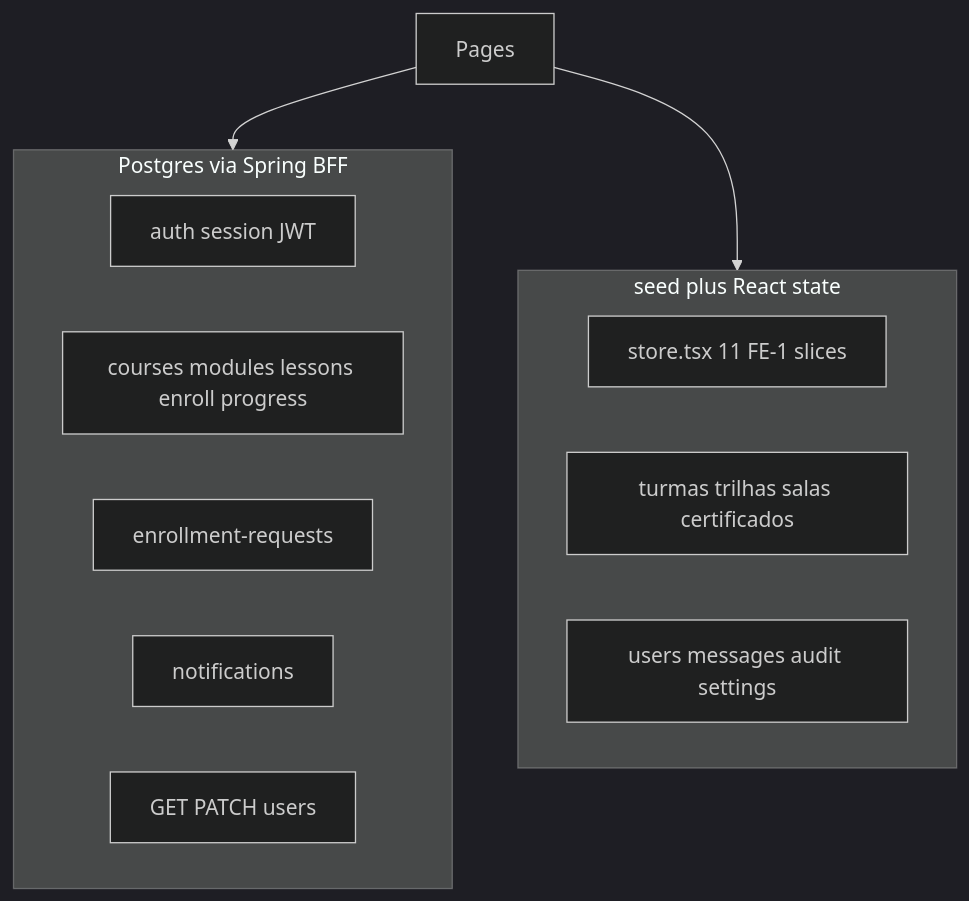
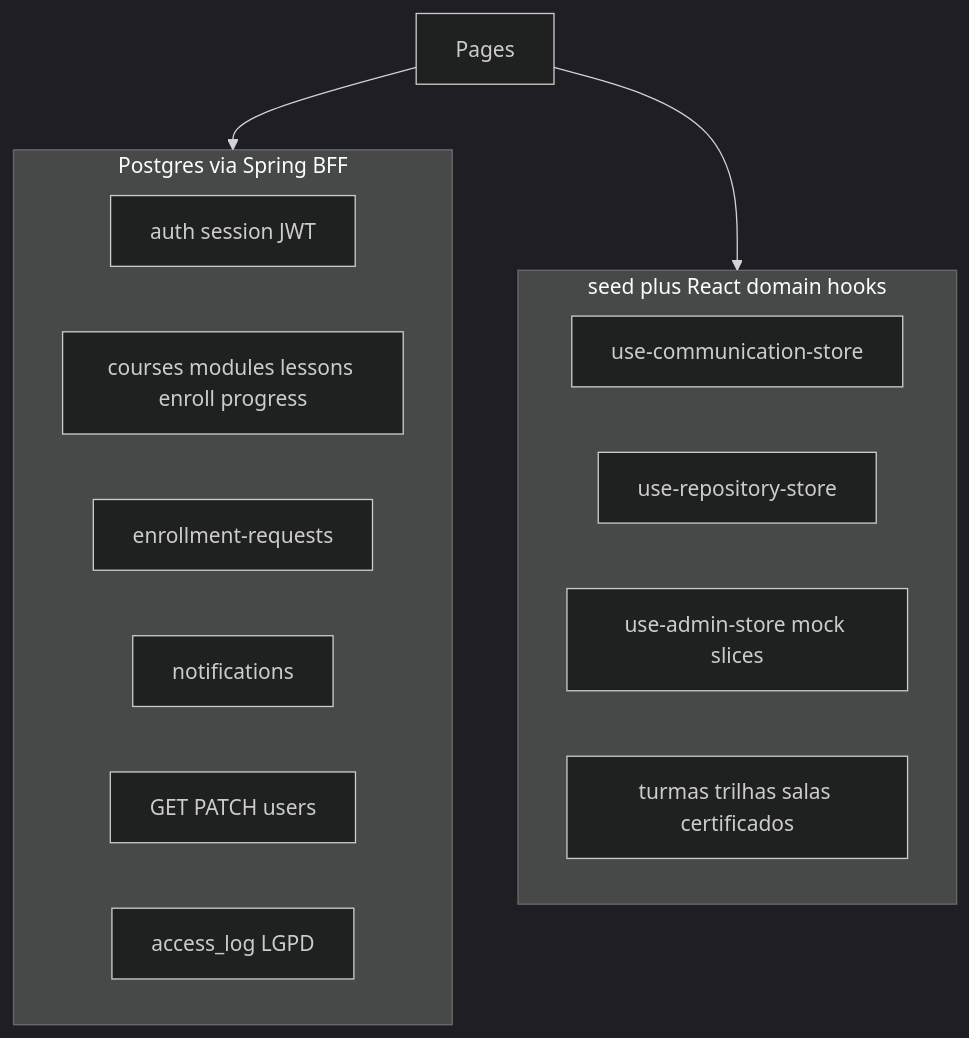
One commit to GrigoriDevv/navoxi-lms changed the diagram in AGENTS.md. Above: the diagram before and after it, drawn with Mermaid (dark theme). The commit also changed other lines of this file and 1 other file, not shown here.

Commit message:
docs: clarify Fase 2 mock modules for commercial proposals
Spell out Comunicação/Integrações/Auditoria UI/Config as non-Fase-1,
point to FE-5 playbook, and align AGENTS data wiring with FE-4 domain hooks.

````diff
--- a/AGENTS.md
+++ b/AGENTS.md
@@ -22,17 +22,19 @@
 ```mermaid
 flowchart TB
   subgraph java [Postgres via Spring BFF]
     Auth[auth session JWT]
     Learn[courses modules lessons enroll progress]
     EnrollReq[enrollment-requests]
     Notif[notifications]
     UsersAdmin[GET PATCH users]
+    AccessLog[access_log LGPD]
   end
-  subgraph mock [seed plus React state]
-    Store11[store.tsx 11 FE-1 slices]
+  subgraph mock [seed plus React domain hooks]
+    Comm[use-communication-store]
+    Repo[use-repository-store]
+    AdminMock[use-admin-store mock slices]
     LearnMock[turmas trilhas salas certificados]
-    Other[users messages audit settings]
   end
   UI[Pages] --> java
   UI --> mock
 ```
````
